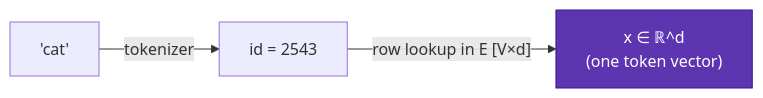
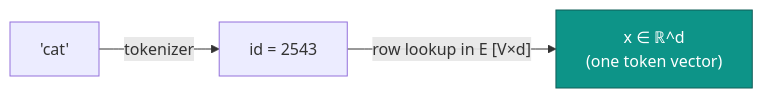
One commit to youyun8/deep-kernel-handbook changed the second of 10 diagrams in docs/foundations/transformer-from-scratch.md. Above: the diagram before and after it, drawn with Mermaid. The commit also changed other lines of this file and 1 other file, not shown here.

Commit message:
docs: give each transformer-from-scratch diagram its own color scheme

````diff
--- a/docs/foundations/transformer-from-scratch.md
+++ b/docs/foundations/transformer-from-scratch.md
@@ -51,7 +51,7 @@
 ```mermaid
 flowchart LR
     TXT["'cat'"] -->|tokenizer| ID["id = 2543"]
     ID -->|"row lookup in E [V×d]"| VEC["x ∈ ℝ^d<br/>(one token vector)"]
-    class VEC flagship;
-    classDef flagship fill:#5e35b1,stroke:#311b92,color:#fff;
+    class VEC accTeal;
+    classDef accTeal fill:#0d9488,stroke:#115e59,color:#fff;
 ```
````
